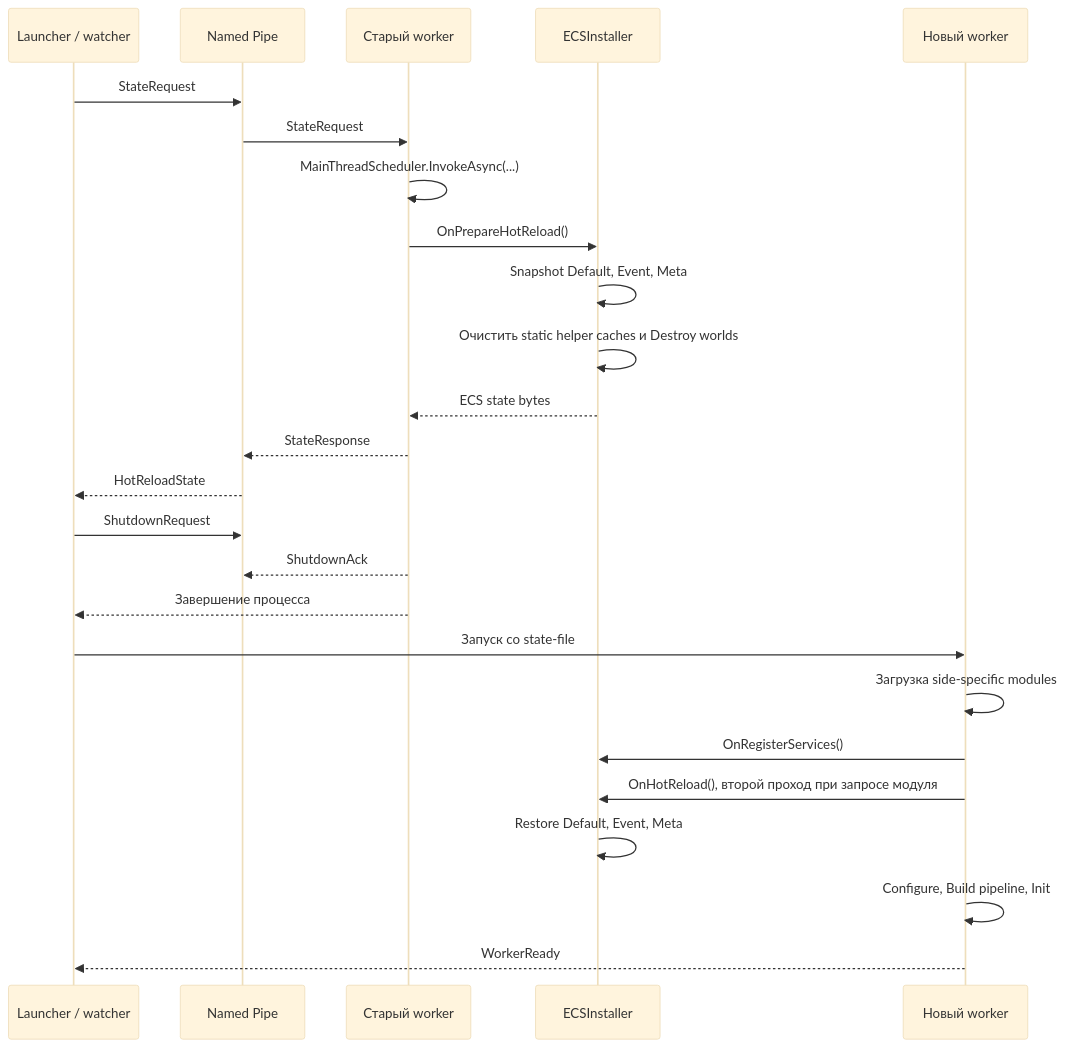
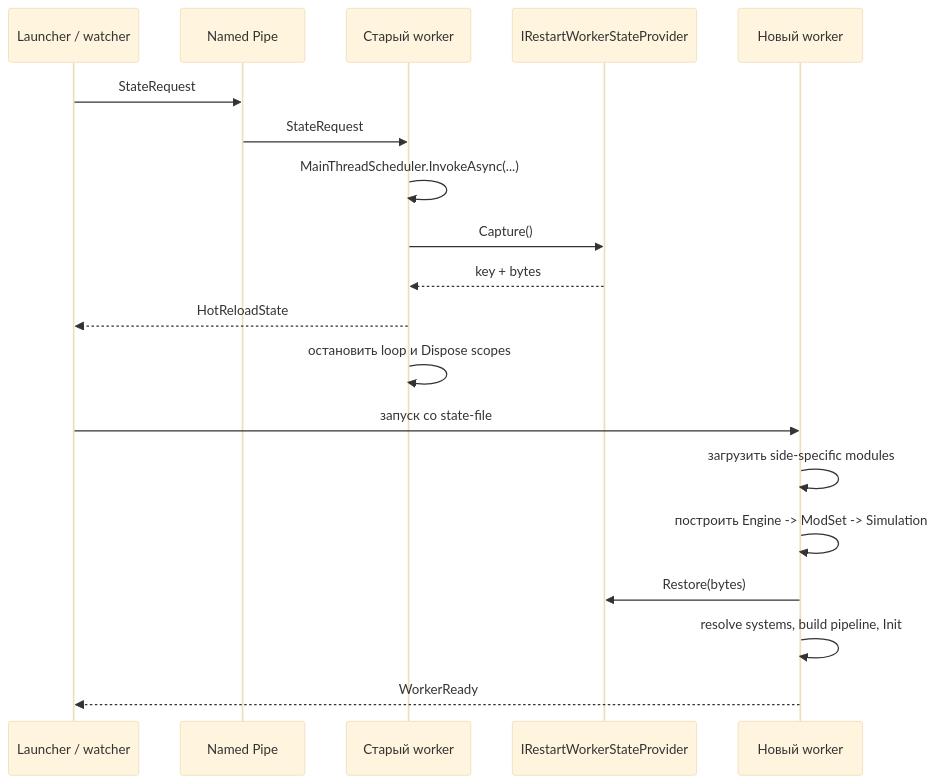
One commit to Karpiklalloly/Karpik.Engine changed the diagram in docs/01_Architecture/hot-reload.md. Above: the diagram before and after it, drawn with Mermaid (base theme). The commit also changed other lines of this file and 6 other files, not shown here.

````diff
--- a/docs/01_Architecture/hot-reload.md
+++ b/docs/01_Architecture/hot-reload.md
@@ -55,28 +61,22 @@
 ```mermaid
 sequenceDiagram
     participant W as Launcher / watcher
     participant IPC as Named Pipe
     participant Old as Старый worker
-    participant ECS as ECSInstaller
+    participant P as IRestartWorkerStateProvider
     participant New as Новый worker
 
     W->>IPC: StateRequest
     IPC->>Old: StateRequest
     Old->>Old: MainThreadScheduler.InvokeAsync(...)
-    Old->>ECS: OnPrepareHotReload()
-    ECS->>ECS: Snapshot Default, Event, Meta
-    ECS->>ECS: Очистить static helper caches и Destroy worlds
-    ECS-->>Old: ECS state bytes
-    Old-->>IPC: StateResponse
-    IPC-->>W: HotReloadState
-    W->>IPC: ShutdownRequest
-    Old-->>IPC: ShutdownAck
-    Old-->>W: Завершение процесса
-    W->>New: Запуск со state-file
-    New->>New: Загрузка side-specific modules
-    New->>ECS: OnRegisterServices()
-    New->>ECS: OnHotReload(), второй проход при запросе модуля
-    ECS->>ECS: Restore Default, Event, Meta
-    New->>New: Configure, Build pipeline, Init
+    Old->>P: Capture()
+    P-->>Old: key + bytes
+    Old-->>W: HotReloadState
+    Old->>Old: остановить loop и Dispose scopes
+    W->>New: запуск со state-file
+    New->>New: загрузить side-specific modules
+    New->>New: построить Engine -> ModSet -> Simulation
+    New->>P: Restore(bytes)
+    New->>New: resolve systems, build pipeline, Init
     New-->>W: WorkerReady
 ```
````
